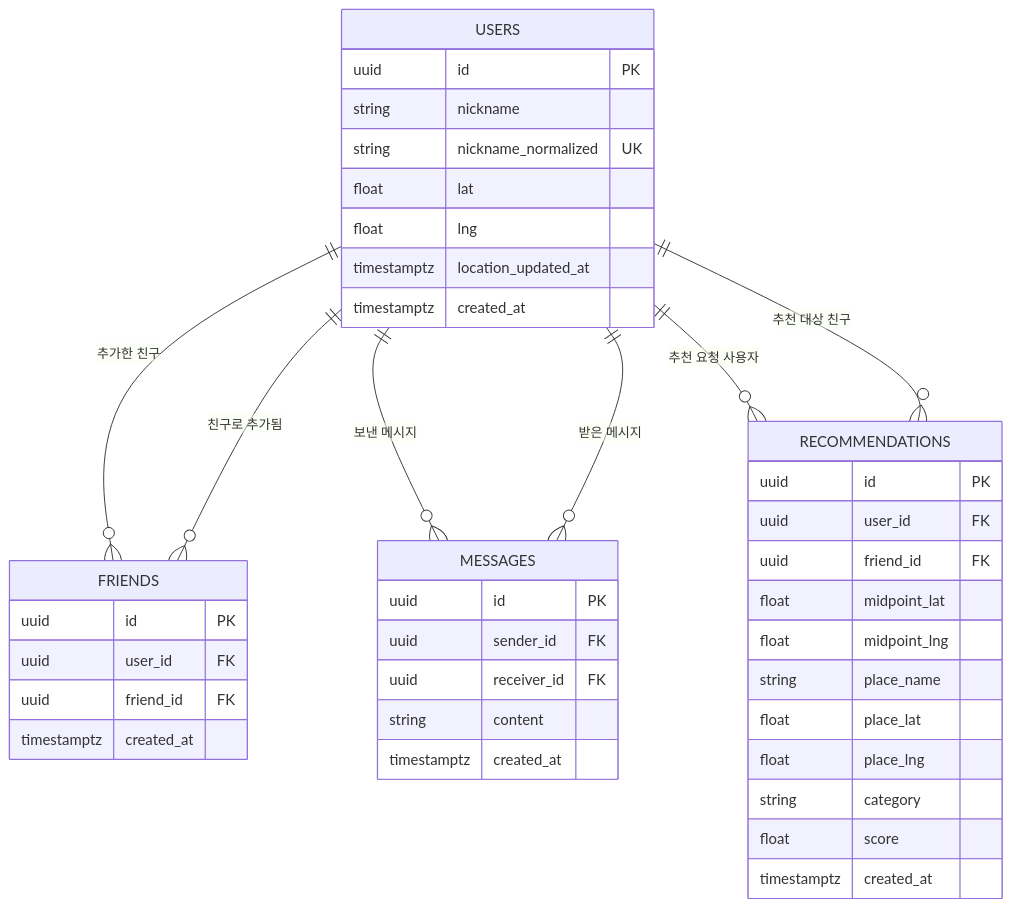
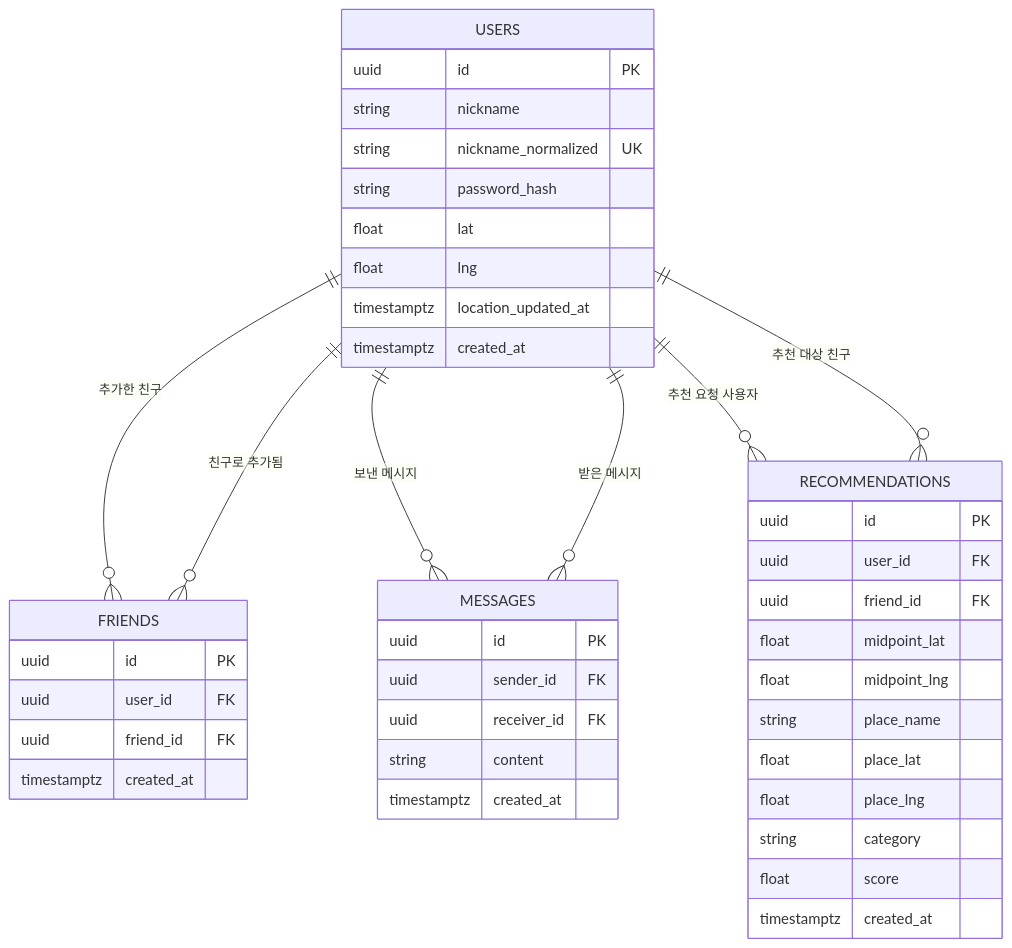
The diagram in doc/PRD/04.ERD.md (sungeun15/meetpoint), drawn with Mermaid before and after one commit. The commit also changed other lines of this file and 4 other files, not shown here.

````diff
--- a/doc/PRD/04.ERD.md
+++ b/doc/PRD/04.ERD.md
@@ -38,49 +38,50 @@
 ```mermaid
 erDiagram
-    %% USERS 는 닉네임 기반 사용자 식별과 마지막 위치 저장을 담당한다.
+    %% USERS 는 닉네임 기반 계정 식별과 마지막 위치 저장을 담당한다.
     USERS {
         uuid id PK
         string nickname
         string nickname_normalized UK
+        string password_hash
         float lat
         float lng
         timestamptz location_updated_at
         timestamptz created_at
     }
 
     FRIENDS {
         uuid id PK
         uuid user_id FK
         uuid friend_id FK
         timestamptz created_at
     }
 
     MESSAGES {
         uuid id PK
         uuid sender_id FK
         uuid receiver_id FK
         string content
         timestamptz created_at
     }
 
     RECOMMENDATIONS {
         uuid id PK
         uuid user_id FK
         uuid friend_id FK
         float midpoint_lat
         float midpoint_lng
         string place_name
         float place_lat
         float place_lng
         string category
         float score
         timestamptz created_at
     }
 
     USERS ||--o{ FRIENDS : "추가한 친구"
     USERS ||--o{ FRIENDS : "친구로 추가됨"
     USERS ||--o{ MESSAGES : "보낸 메시지"
     USERS ||--o{ MESSAGES : "받은 메시지"
     USERS ||--o{ RECOMMENDATIONS : "추천 요청 사용자"
     USERS ||--o{ RECOMMENDATIONS : "추천 대상 친구"
 ```
````
